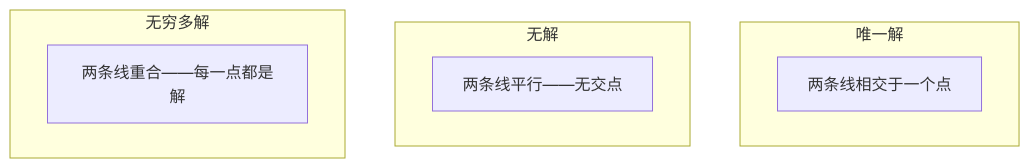
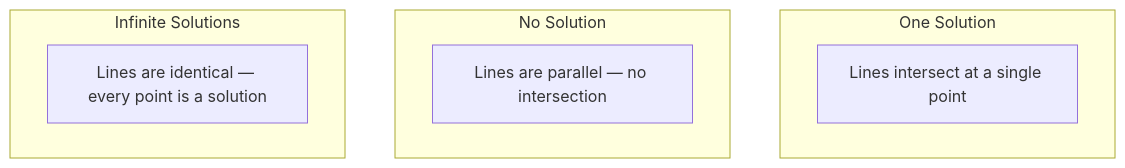
The second of 2 diagrams in i18n/zh/phases/01-math-foundations/17-linear-systems/docs/zh.md (xiaojiaenen/ai-engineering-from-scratch-zh), drawn with Mermaid before and after one commit. The commit also changed other lines of this file and 22 other files, not shown here.

````diff
--- a/i18n/zh/phases/01-math-foundations/17-linear-systems/docs/zh.md
+++ b/i18n/zh/phases/01-math-foundations/17-linear-systems/docs/zh.md
@@ -45,12 +44,12 @@
 ```mermaid
 graph TD
-    subgraph "唯一解"
-        A1["两条线相交于一个点"]
+    subgraph "One Solution"
+        A1["Lines intersect at a single point"]
     end
-    subgraph "无解"
-        A2["两条线平行——无交点"]
+    subgraph "No Solution"
+        A2["Lines are parallel — no intersection"]
     end
-    subgraph "无穷多解"
-        A3["两条线重合——每一点都是解"]
+    subgraph "Infinite Solutions"
+        A3["Lines are identical — every point is a solution"]
     end
 ```
````
